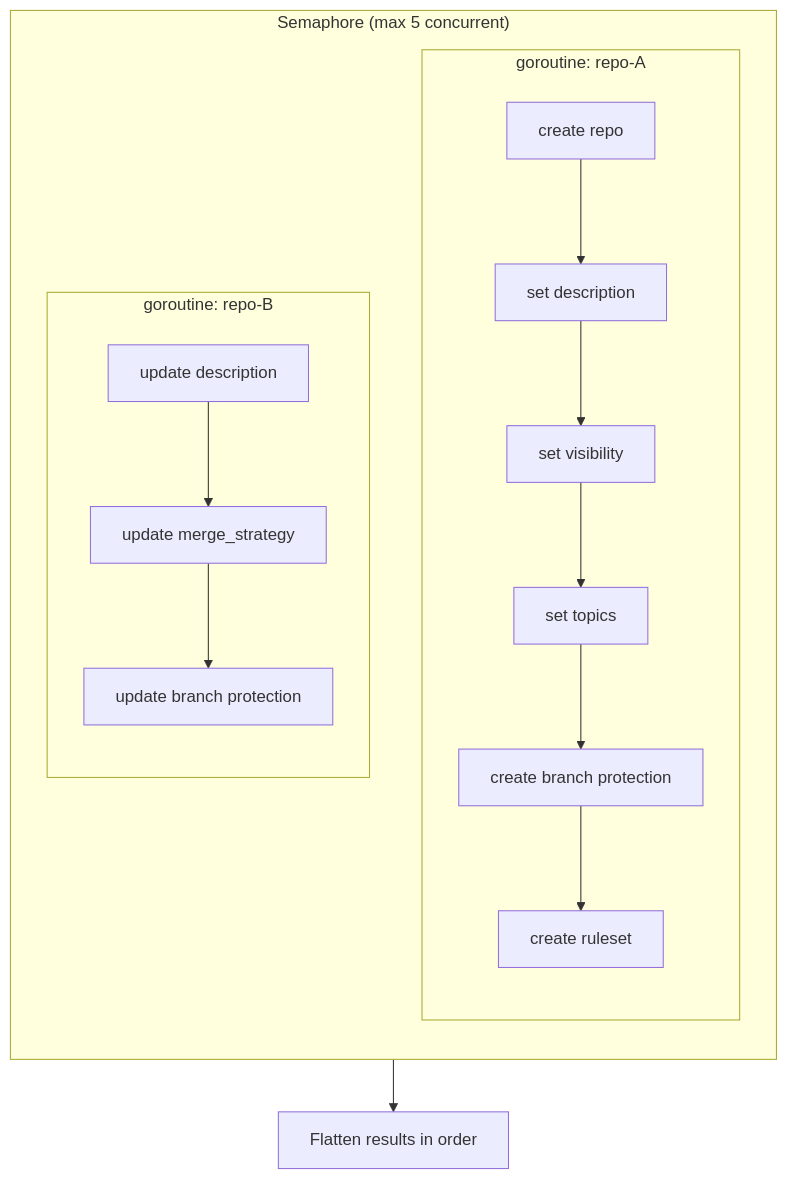
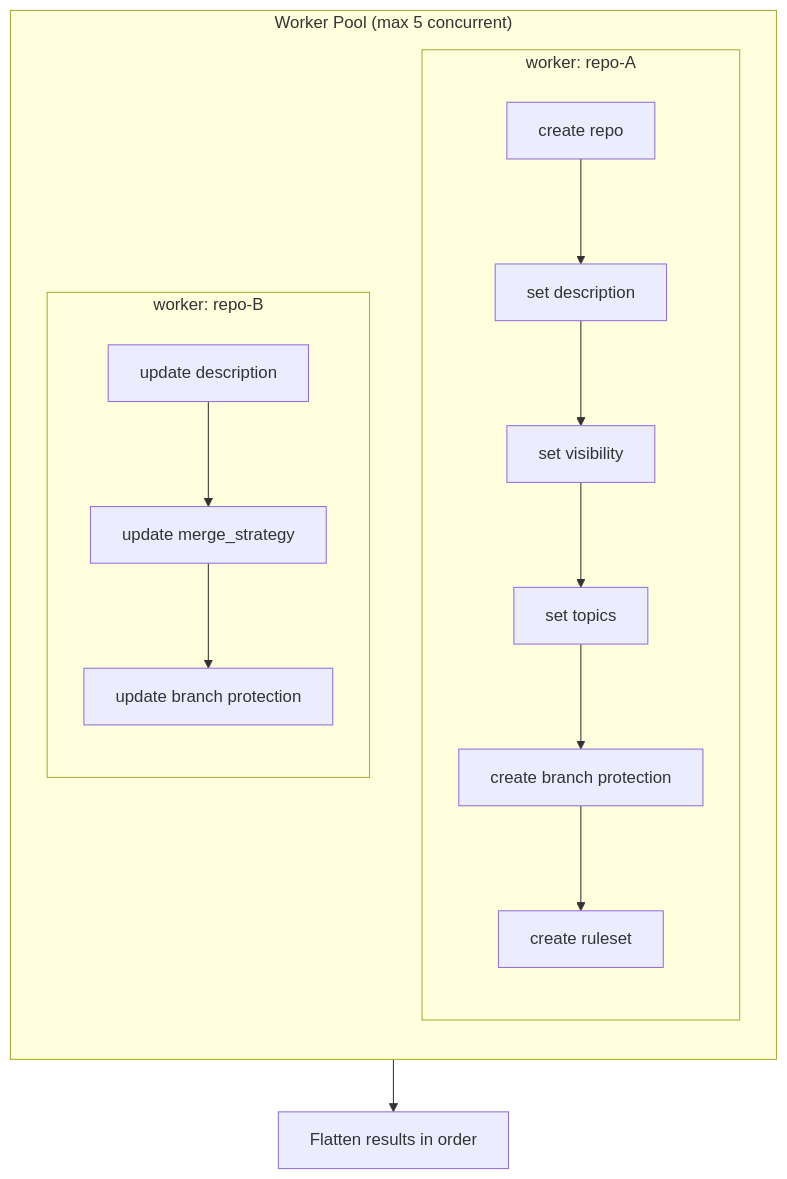
Before and after one commit to yagihash/gh-infra: the fourth of 6 diagrams in docs/src/content/docs/internals/concurrency.md, drawn with Mermaid. The commit also changed other lines of this file and 2 other files, not shown here.

````diff
--- a/docs/src/content/docs/internals/concurrency.md
+++ b/docs/src/content/docs/internals/concurrency.md
@@ -106,21 +106,21 @@
 ```mermaid
 flowchart TB
-    subgraph sem["Semaphore (max 5 concurrent)"]
+    subgraph pool["Worker Pool (max 5 concurrent)"]
         direction TB
-        subgraph ga["goroutine: repo-A"]
+        subgraph ga["worker: repo-A"]
             direction TB
             a1[create repo] --> a2[set description]
             a2 --> a3[set visibility]
             a3 --> a4[set topics]
             a4 --> a5[create branch protection]
             a5 --> a6[create ruleset]
         end
-        subgraph gb["goroutine: repo-B"]
+        subgraph gb["worker: repo-B"]
             direction TB
             b1[update description] --> b2[update merge_strategy]
             b2 --> b3[update branch protection]
         end
     end
 
-    sem --> flat["Flatten results in order"]
+    pool --> flat["Flatten results in order"]
 ```
````
